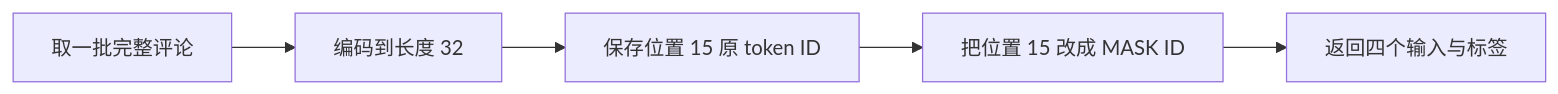
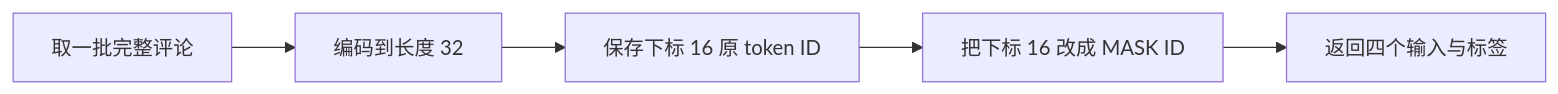
The first of 3 diagrams in notes/transfer-learning/22-mlm-preprocessing.md (luyunix/nlp_study), drawn with Mermaid before and after one commit. The commit also changed other lines of this file and 66 other files, not shown here.

````diff
--- a/notes/transfer-learning/22-mlm-preprocessing.md
+++ b/notes/transfer-learning/22-mlm-preprocessing.md
@@ -17,12 +17,12 @@
 ```mermaid
 flowchart LR
     N0["取一批完整评论"]
     N1["编码到长度 32"]
-    N2["保存位置 15 原 token ID"]
-    N3["把位置 15 改成 MASK ID"]
+    N2["保存下标 16 原 token ID"]
+    N3["把下标 16 改成 MASK ID"]
     N4["返回四个输入与标签"]
     N0 --> N1
     N1 --> N2
     N2 --> N3
     N3 --> N4
 ```
````
